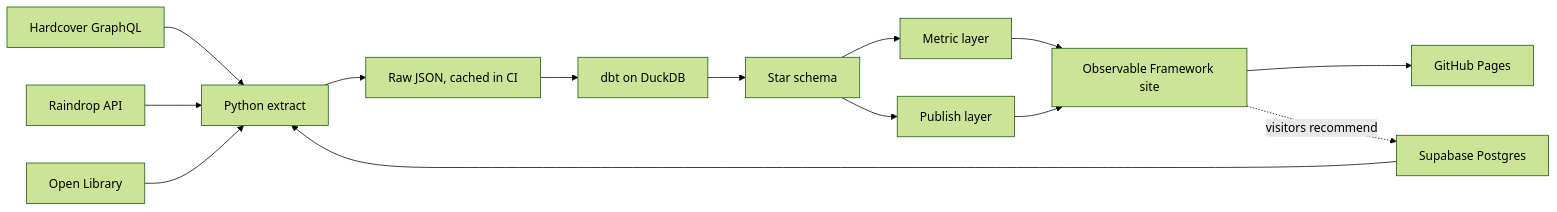
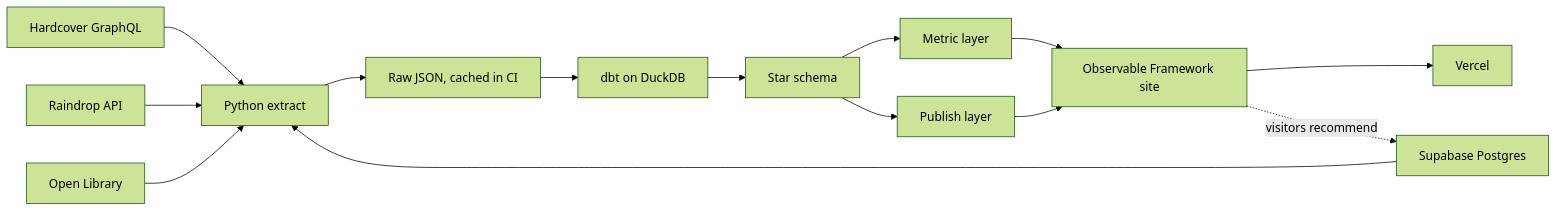
One commit to surbhi-bhor/reading-library changed the diagram in docs/case-study.md. Above: the diagram before and after it, drawn with Mermaid (forest theme). The commit also changed other lines of this file and 6 other files, not shown here.

First line of the commit message:
ci: host on Vercel with Web Analytics instead of GitHub Pages

````diff
--- a/docs/case-study.md
+++ b/docs/case-study.md
@@ -52,16 +52,16 @@
 ```mermaid
 flowchart LR
   HC[Hardcover GraphQL] --> EX[Python extract]
   RD[Raindrop API] --> EX
   SB[Supabase Postgres] --> EX
   OL[Open Library] --> EX
   EX --> RAW[Raw JSON, cached in CI]
   RAW --> DBT[dbt on DuckDB]
   DBT --> MARTS[Star schema]
   MARTS --> MET[Metric layer]
   MARTS --> PUB[Publish layer]
   MET --> SITE[Observable Framework site]
   PUB --> SITE
-  SITE --> GP[GitHub Pages]
+  SITE --> GP[Vercel]
   SITE -. visitors recommend .-> SB
 ```
````
